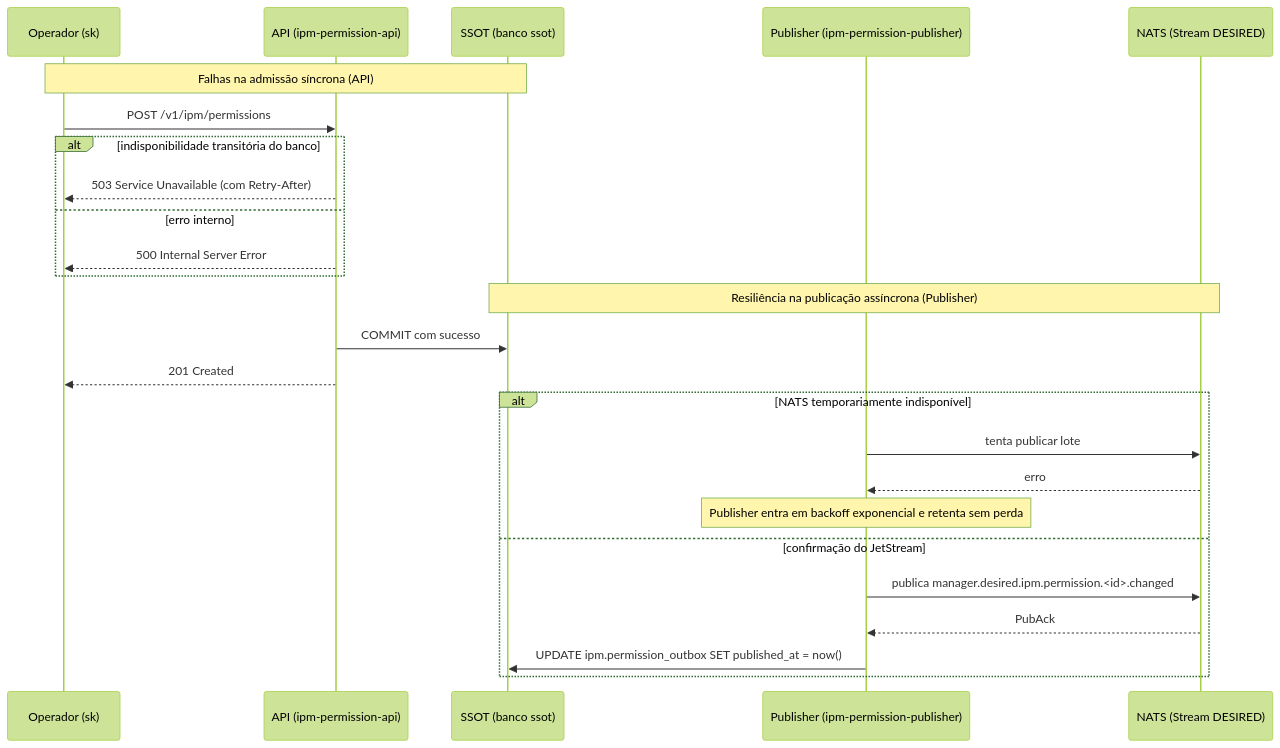
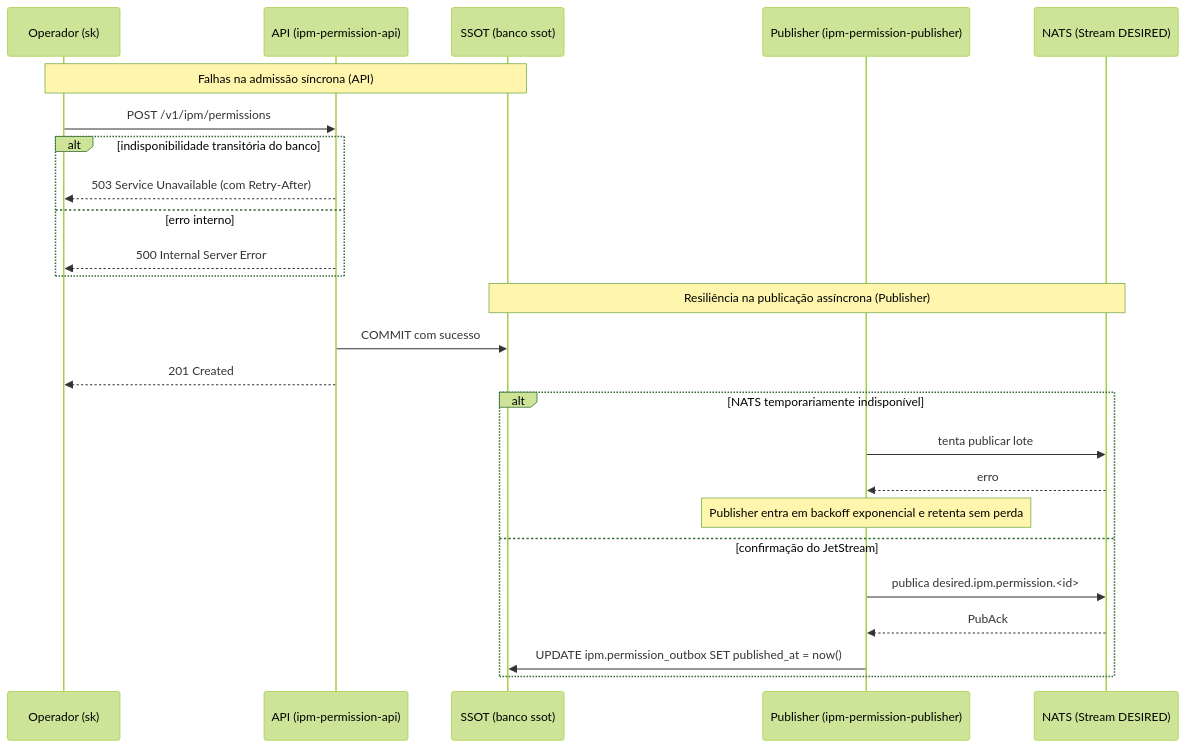
Before and after one commit to danielsabatini/smarkee: the diagram in features/ipm/permission/docs/flow/04-falhas-na-api-e-mensageria.mmd, drawn with Mermaid (forest theme). The commit also changed 81 other files, not shown here.

Commit message:
docs: alinhar documentações e diagramas aos subjects de 4 tokens do NATS

```diff
--- a/features/ipm/permission/docs/flow/04-falhas-na-api-e-mensageria.mmd
+++ b/features/ipm/permission/docs/flow/04-falhas-na-api-e-mensageria.mmd
@@ -1,27 +1,27 @@
 sequenceDiagram
   participant U as Operador (sk)
   participant API as API (ipm-permission-api)
   participant DB as SSOT (banco ssot)
   participant P as Publisher (ipm-permission-publisher)
   participant NATS as NATS (Stream DESIRED)
 
   Note over U,DB: Falhas na admissão síncrona (API)
   U->>API: POST /v1/ipm/permissions
   alt indisponibilidade transitória do banco
     API-->>U: 503 Service Unavailable (com Retry-After)
   else erro interno
     API-->>U: 500 Internal Server Error
   end
 
   Note over DB,NATS: Resiliência na publicação assíncrona (Publisher)
   API->>DB: COMMIT com sucesso
   API-->>U: 201 Created
   alt NATS temporariamente indisponível
     P->>NATS: tenta publicar lote
     NATS-->>P: erro
     Note over P: Publisher entra em backoff exponencial e retenta sem perda
   else confirmação do JetStream
-    P->>NATS: publica manager.desired.ipm.permission.<id>.changed
+    P->>NATS: publica desired.ipm.permission.<id>
     NATS-->>P: PubAck
     P->>DB: UPDATE ipm.permission_outbox SET published_at = now()
   end
```
